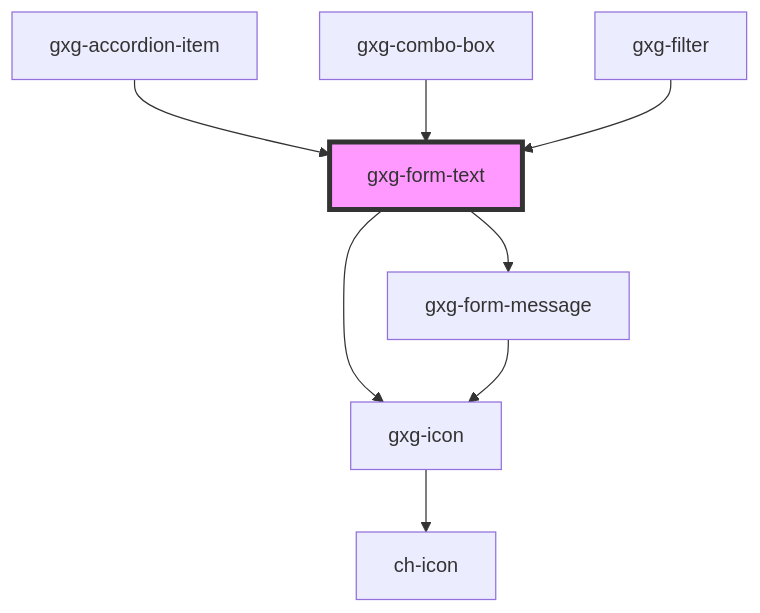
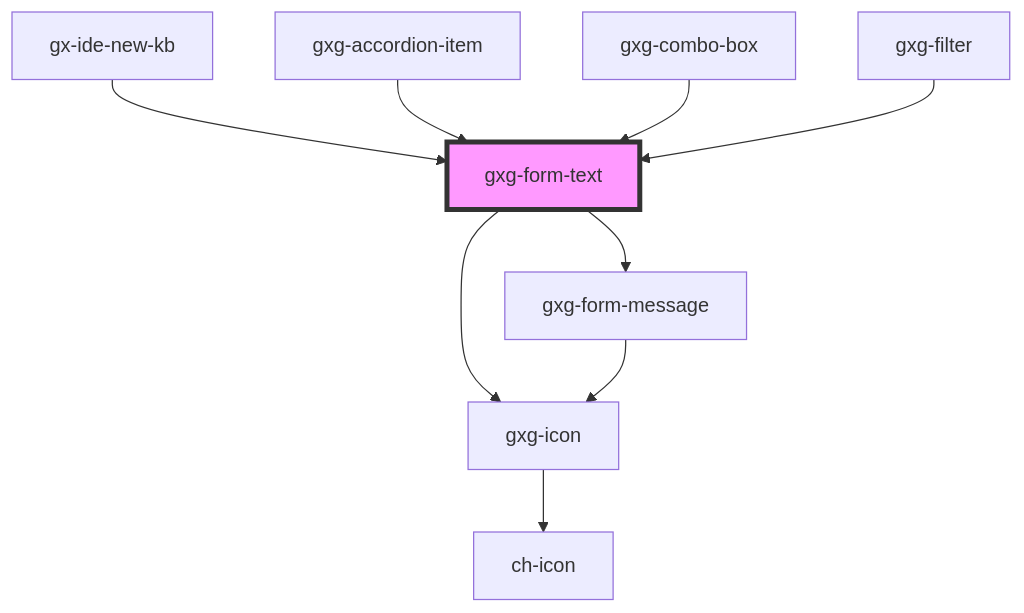
One commit to genexuslabs/gemini changed the diagram in src/components/form-text/readme.md. Above: the diagram before and after it, drawn with Mermaid. The commit also changed other lines of this file and 45 other files, not shown here.

````diff
--- a/src/components/form-text/readme.md
+++ b/src/components/form-text/readme.md
@@ -120,11 +121,12 @@
 ```mermaid
 graph TD;
   gxg-form-text --> gxg-icon
   gxg-form-text --> gxg-form-message
   gxg-icon --> ch-icon
   gxg-form-message --> gxg-icon
+  gx-ide-new-kb --> gxg-form-text
   gxg-accordion-item --> gxg-form-text
   gxg-combo-box --> gxg-form-text
   gxg-filter --> gxg-form-text
   style gxg-form-text fill:#f9f,stroke:#333,stroke-width:4px
 ```
````
